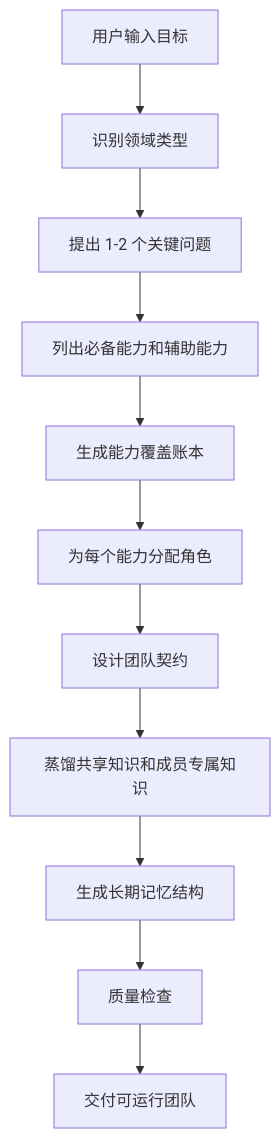
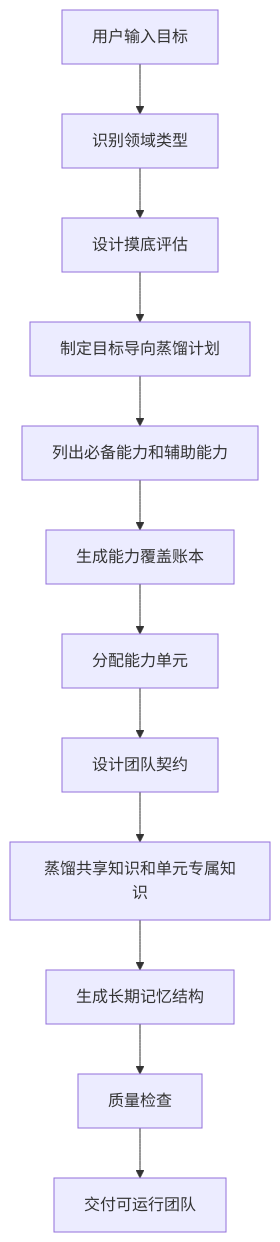
Before and after one commit to yekaiyi62-ai/shangdi-skill: the first of 2 diagrams in README.md, drawn with Mermaid. The commit also changed other lines of this file and 10 other files, not shown here.

````diff
--- a/README.md
+++ b/README.md
@@ -132,13 +137,14 @@
 ```mermaid
 flowchart TD
     A["用户输入目标"] --> B["识别领域类型"]
-    B --> C["提出 1-2 个关键问题"]
-    C --> D["列出必备能力和辅助能力"]
-    D --> E["生成能力覆盖账本"]
-    E --> F["为每个能力分配角色"]
-    F --> G["设计团队契约"]
-    G --> H["蒸馏共享知识和成员专属知识"]
-    H --> I["生成长期记忆结构"]
-    I --> J["质量检查"]
-    J --> K["交付可运行团队"]
+    B --> C["设计摸底评估"]
+    C --> D["制定目标导向蒸馏计划"]
+    D --> E["列出必备能力和辅助能力"]
+    E --> F["生成能力覆盖账本"]
+    F --> G["分配能力单元"]
+    G --> H["设计团队契约"]
+    H --> I["蒸馏共享知识和单元专属知识"]
+    I --> J["生成长期记忆结构"]
+    J --> K["质量检查"]
+    K --> L["交付可运行团队"]
 ```
````
